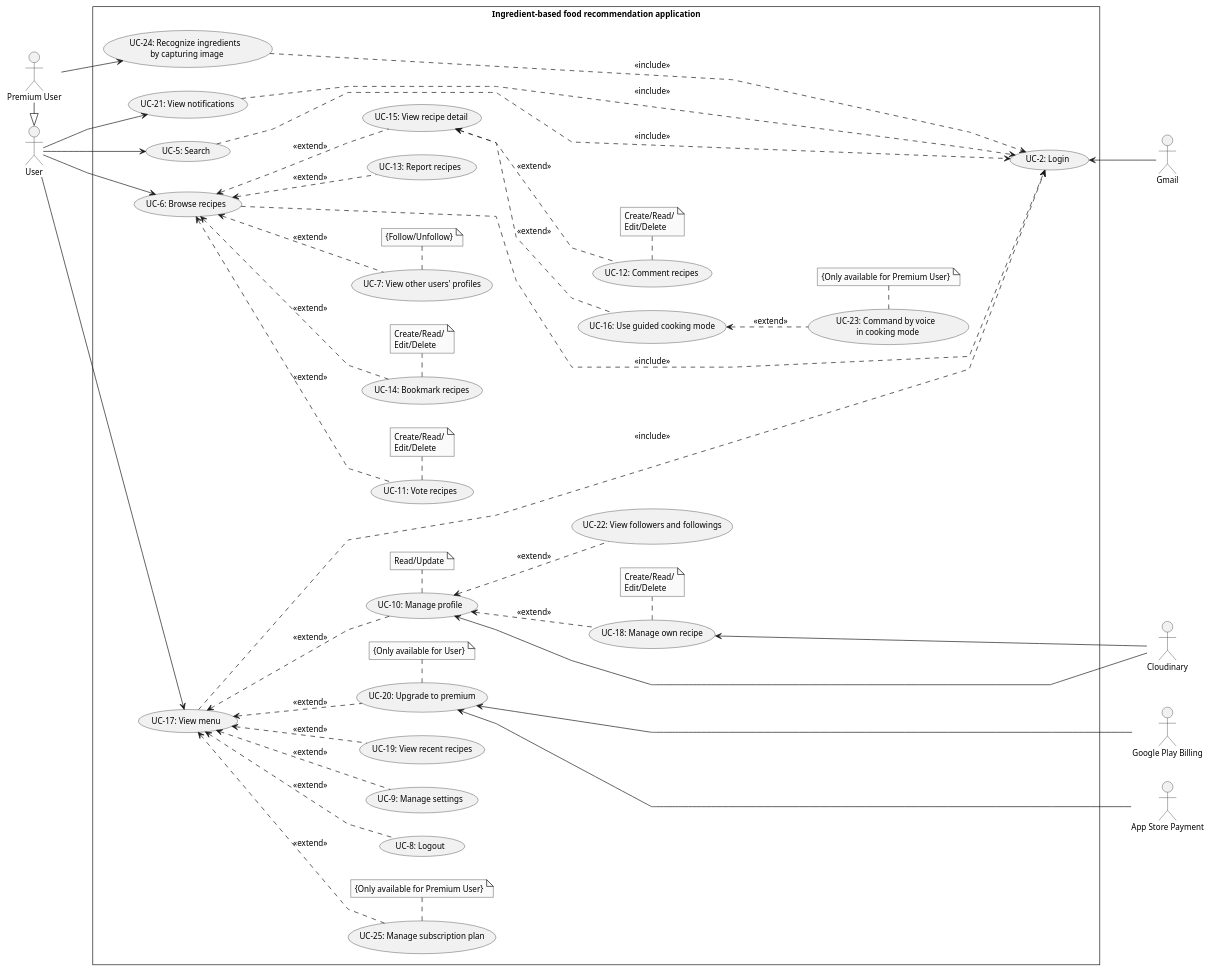
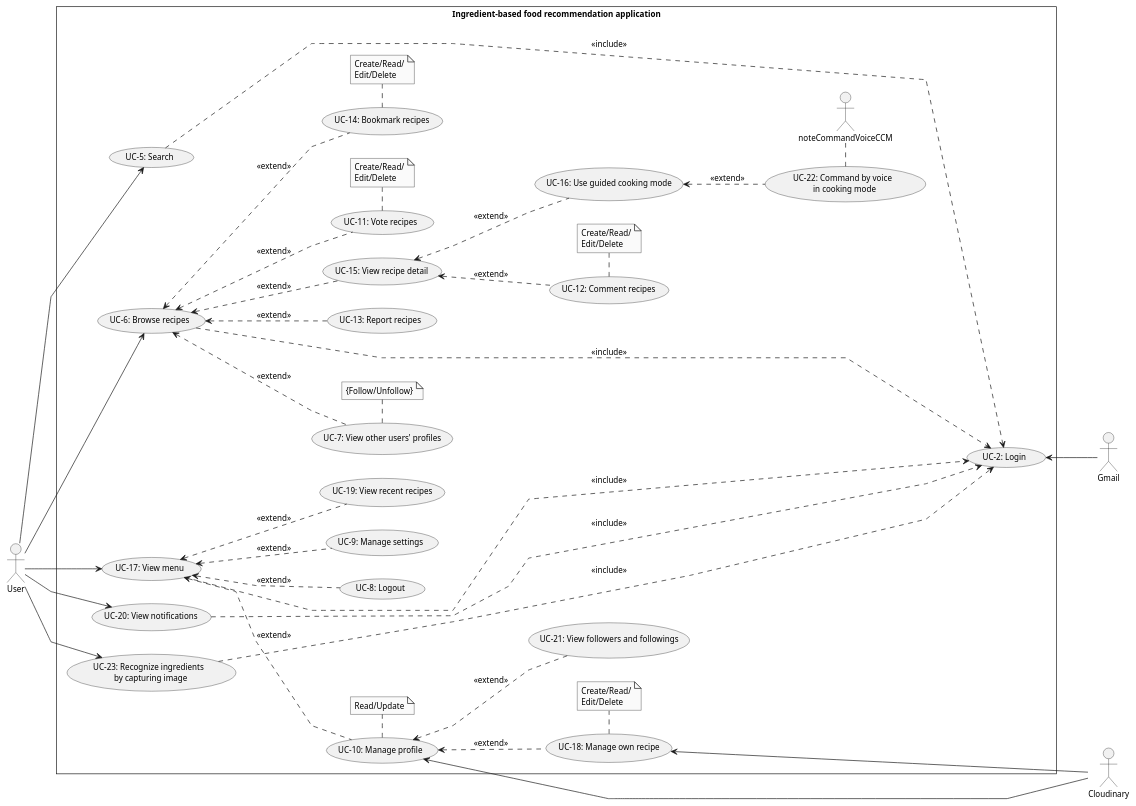
The diagram in doc/SRS/Usecase/UserUsecase/UserUsecase.plantuml (Carl-Johnsons/tastopia), drawn with PlantUML before and after one commit.

Commit message:
doc: update user usecase

```diff
--- a/doc/SRS/Usecase/UserUsecase/UserUsecase.plantuml
+++ b/doc/SRS/Usecase/UserUsecase/UserUsecase.plantuml
@@ -1,107 +1,90 @@
 @startuml UserUsecase
 skinparam style strictuml
 skinparam monochrome true
 skinparam linetype polyline
 skinparam defaultFontSize 12
 left to right direction
 actor "User" as user
-actor "Premium User" as pUser
 actor "Gmail" as gmail
-actor "Google Play Billing" as gpb
-actor "App Store Payment" as asp
 actor "Cloudinary" as cl
 
 rectangle Ingredient-based<U+0020>food<U+0020>recommendation<U+0020>application {
     usecase "UC-2: Login" as ucLogin
     usecase "UC-8: Logout" as ucLogout
     usecase "UC-9: Manage settings" as ucManageSetting
     usecase "UC-10: Manage profile" as ucManageProfile
 
     usecase "UC-5: Search" as ucSearch
     usecase "UC-6: Browse recipes" as ucBrowseRecipes
     usecase "UC-11: Vote recipes" as ucVoteRecipe
     usecase "UC-12: Comment recipes" as ucCmtRecipe
     usecase "UC-13: Report recipes" as ucReportRecipe
     usecase "UC-14: Bookmark recipes" as ucBookmarkRecipe
     usecase "UC-15: View recipe detail" as ucViewRecipeDetail
     usecase "UC-16: Use guided cooking mode" as ucGuidedCCM
     usecase "UC-7: View other users' profiles" as ucViewUSProfile
 
     usecase "UC-17: View menu" as ucViewMenu
     usecase "UC-18: Manage own recipe" as ucManageRecipe
     usecase "UC-19: View recent recipes" as ucViewRecentRecipes
-    usecase "UC-20: Upgrade to premium" as ucUpgradeToPremium
 
-    usecase "UC-21: View notifications" as ucViewNotif
-    usecase "UC-22: View followers and followings" as ucViewFollow
+    usecase "UC-20: View notifications" as ucViewNotif
+    usecase "UC-21: View followers and followings" as ucViewFollow
 
     note "Create/Read/\nEdit/Delete" as noteManageRecipe
     note "Read/Update" as noteManageProfile
     note "Create/Read/\nEdit/Delete" as noteVoteRecipe
     note "Create/Read/\nEdit/Delete" as noteCmtRecipe
     note "Create/Read/\nEdit/Delete" as noteBookmarkRecipe
-    note "{Only available for User}" as noteUpgradeToPremium
     note "{Follow/Unfollow}" as noteViewUSProfile
 
     user --> ucSearch
 
     user --> ucBrowseRecipes
         ucBrowseRecipes <.. ucVoteRecipe : <<extend>>
             ucVoteRecipe . noteVoteRecipe
         ucBrowseRecipes <.. ucReportRecipe : <<extend>>
         ucBrowseRecipes <.. ucViewRecipeDetail : <<extend>>
             ucViewRecipeDetail <.. ucCmtRecipe : <<extend>>
                 ucCmtRecipe . noteCmtRecipe
             ucViewRecipeDetail <.. ucGuidedCCM : <<extend>>
         ucBrowseRecipes <.. ucBookmarkRecipe : <<extend>>
             ucBookmarkRecipe . noteBookmarkRecipe
         ucBrowseRecipes <.. ucViewUSProfile : <<extend>>
             ucViewUSProfile . noteViewUSProfile
 
     user --> ucViewMenu
         ucViewMenu <.. ucManageProfile : <<extend>>
             ucManageProfile . noteManageProfile
             ucManageProfile <.. ucManageRecipe : <<extend>>
             ucManageProfile <.. ucViewFollow : <<extend>>
                 ucManageRecipe . noteManageRecipe
         ucViewMenu <.. ucManageSetting : <<extend>>
         ucViewMenu <.. ucViewRecentRecipes : <<extend>>
-        ucViewMenu <.. ucUpgradeToPremium : <<extend>>
-            ucUpgradeToPremium . noteUpgradeToPremium
         ucViewMenu <.. ucLogout : <<extend>>
 
     user --> ucViewNotif
     
     gmail -up-> ucLogin
-    gpb --up---> ucUpgradeToPremium 
-    asp --up---> ucUpgradeToPremium
     cl --up--> ucManageProfile
     cl --up--> ucManageRecipe
 
     ucSearch .....> ucLogin : <<include>>
     ucBrowseRecipes .....> ucLogin : <<include>>
     ucViewMenu .....> ucLogin : <<include>>
     ucViewNotif .....>ucLogin : <<include>>
 
 
-    usecase "UC-23: Command by voice \n in cooking mode" as ucCommandVoiceCCM
-    usecase "UC-24: Recognize ingredients \n by capturing image" as ucRecognizeIngre
-    usecase "UC-25: Manage subscription plan" as ucMngSubcriptPlan
-    
-
-    note "{Only available for Premium User}" as noteMngSubcriptPlan
-    note "{Only available for Premium User}" as noteCommandVoiceCCM
+    usecase "UC-22: Command by voice \n in cooking mode" as ucCommandVoiceCCM
+    usecase "UC-23: Recognize ingredients \n by capturing image" as ucRecognizeIngre
 
 
-    pUser -|> user
-    pUser --> ucRecognizeIngre
+    user --> ucRecognizeIngre
     ucGuidedCCM <.. ucCommandVoiceCCM : <<extend>>
         ucCommandVoiceCCM . noteCommandVoiceCCM
-    ucViewMenu <.. ucMngSubcriptPlan : <<extend>>
-        ucMngSubcriptPlan . noteMngSubcriptPlan
 
     ucRecognizeIngre .....> ucLogin : <<include>>
 
 }
 
 @enduml
```
